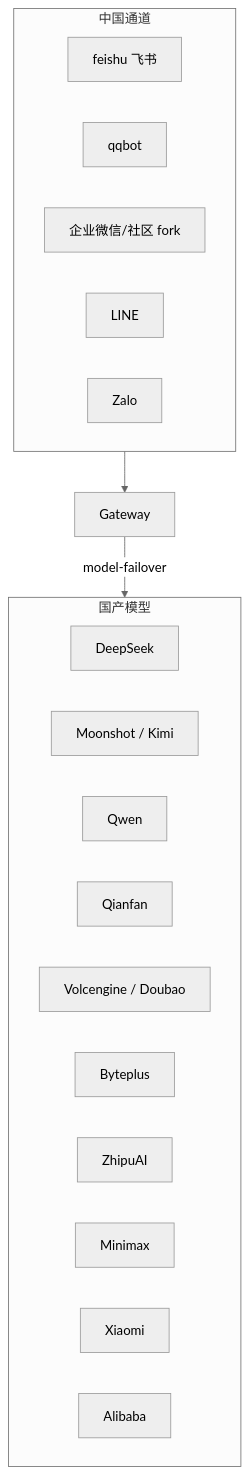
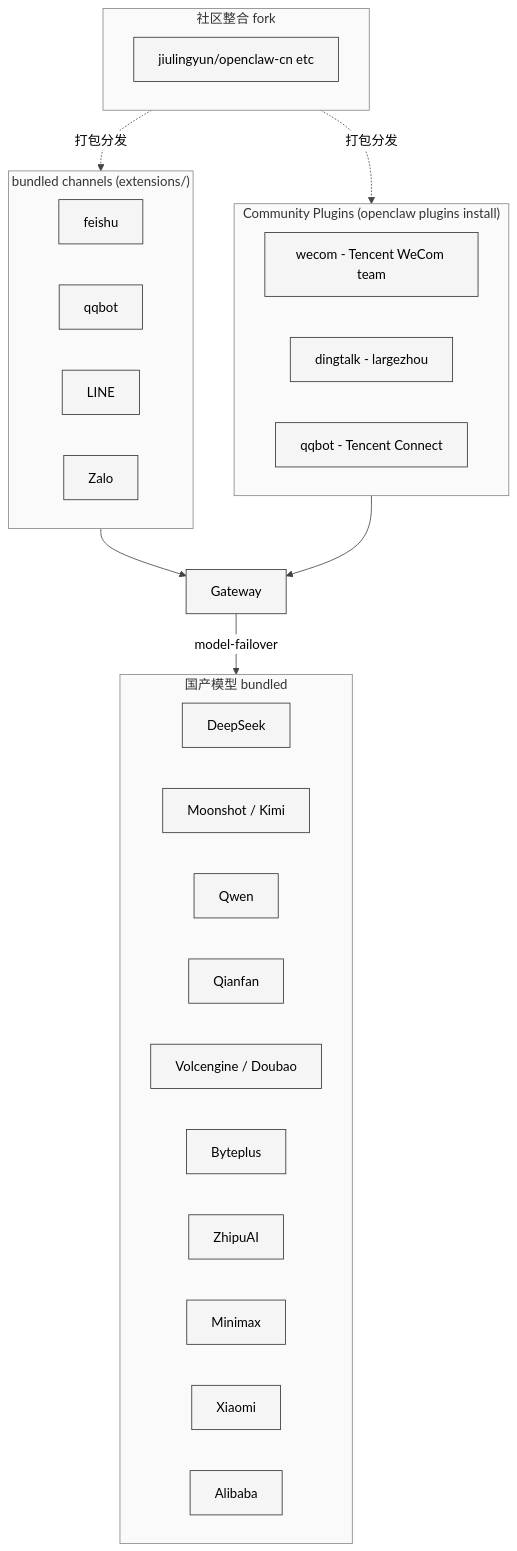
Before and after one commit to xiaonancs/openclaw-study: the diagram in Part III Channels Extensions Apps/16-china-ecosystem-adaptation.md, drawn with Mermaid. The commit also changed other lines of this file and 25 other files, not shown here.

First line of the commit message:
修事实错误 + 补齐 mermaid-academic 规范

````diff
--- a/Part III Channels Extensions Apps/16-china-ecosystem-adaptation.md
+++ b/Part III Channels Extensions Apps/16-china-ecosystem-adaptation.md
@@ -29,25 +29,35 @@
 ```mermaid
-%%{init: {'theme':'neutral'}}%%
+%%{init: {'theme': 'neutral', 'themeVariables': {'background': '#ffffff', 'primaryColor': '#f5f5f5', 'primaryTextColor': '#000000', 'primaryBorderColor': '#333333', 'lineColor': '#444444', 'textColor': '#000000', 'mainBkg': '#f5f5f5', 'nodeBorder': '#333333', 'clusterBkg': '#fafafa', 'clusterBorder': '#888888', 'edgeLabelBackground': '#ffffff', 'actorBkg': '#f5f5f5', 'actorBorder': '#333333', 'actorTextColor': '#000000', 'actorLineColor': '#444444', 'signalColor': '#444444', 'signalTextColor': '#000000', 'noteBkgColor': '#f0f0f0', 'noteTextColor': '#000000', 'noteBorderColor': '#888888'}}}%%
 flowchart TB
-    subgraph Channels[中国通道]
-        Fs[feishu 飞书]
-        QQ[qqbot]
-        WeCom[企业微信/社区 fork]
+    subgraph Bundled["bundled channels (extensions/)"]
+        Fs[feishu]
+        QQ1[qqbot]
         LINE
         Zalo
     end
-    subgraph Models[国产模型]
+    subgraph Community["Community Plugins (openclaw plugins install)"]
+        WeCom["wecom - Tencent WeCom team"]
+        DT["dingtalk - largezhou"]
+        QQ2["qqbot - Tencent Connect"]
+    end
+    subgraph Forks["社区整合 fork"]
+        CN["jiulingyun/openclaw-cn etc"]
+    end
+    subgraph Models[国产模型 bundled]
         DS[DeepSeek]
         Moon[Moonshot / Kimi]
         Qwen
         QF[Qianfan]
         Volc[Volcengine / Doubao]
         Byte[Byteplus]
         ZhipuAI
         Minimax
         Xiaomi
         Alibaba
     end
-    Channels --> Gateway[Gateway]
+    Bundled --> Gateway[Gateway]
+    Community --> Gateway
+    Forks -.打包分发.-> Bundled
+    Forks -.打包分发.-> Community
     Gateway -->|model-failover| Models
 ```
````
